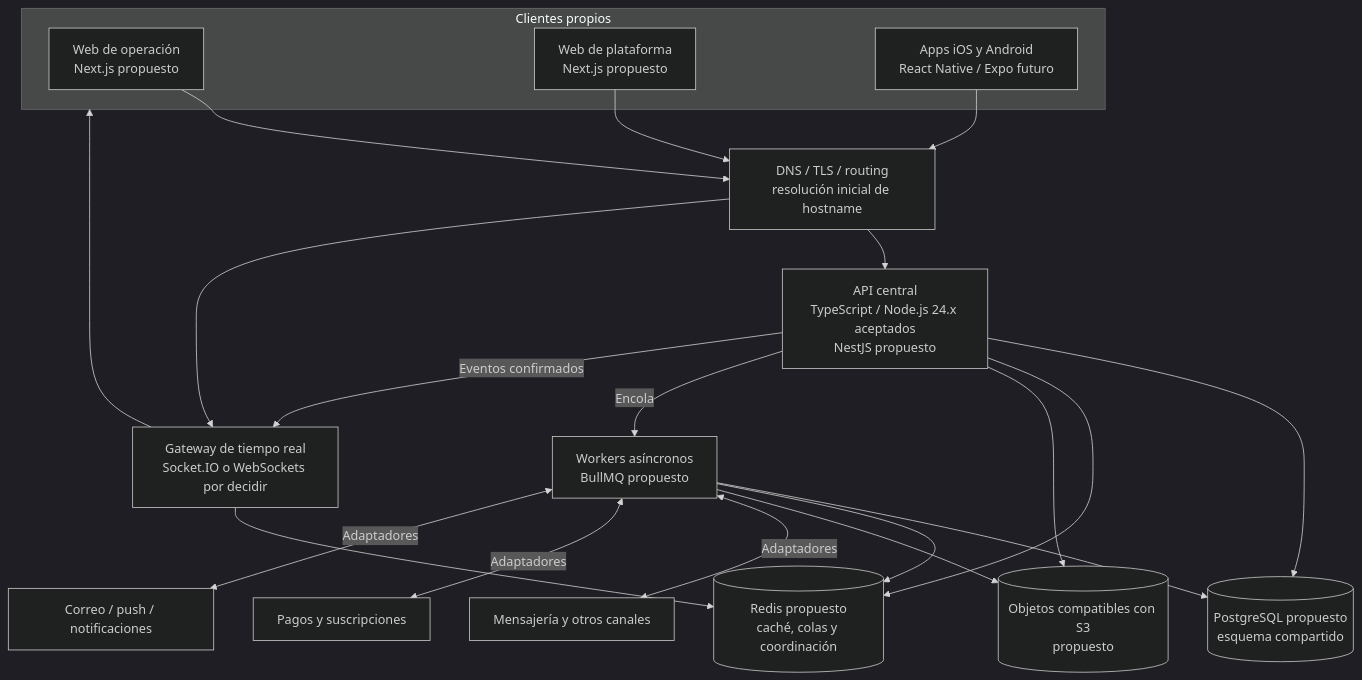
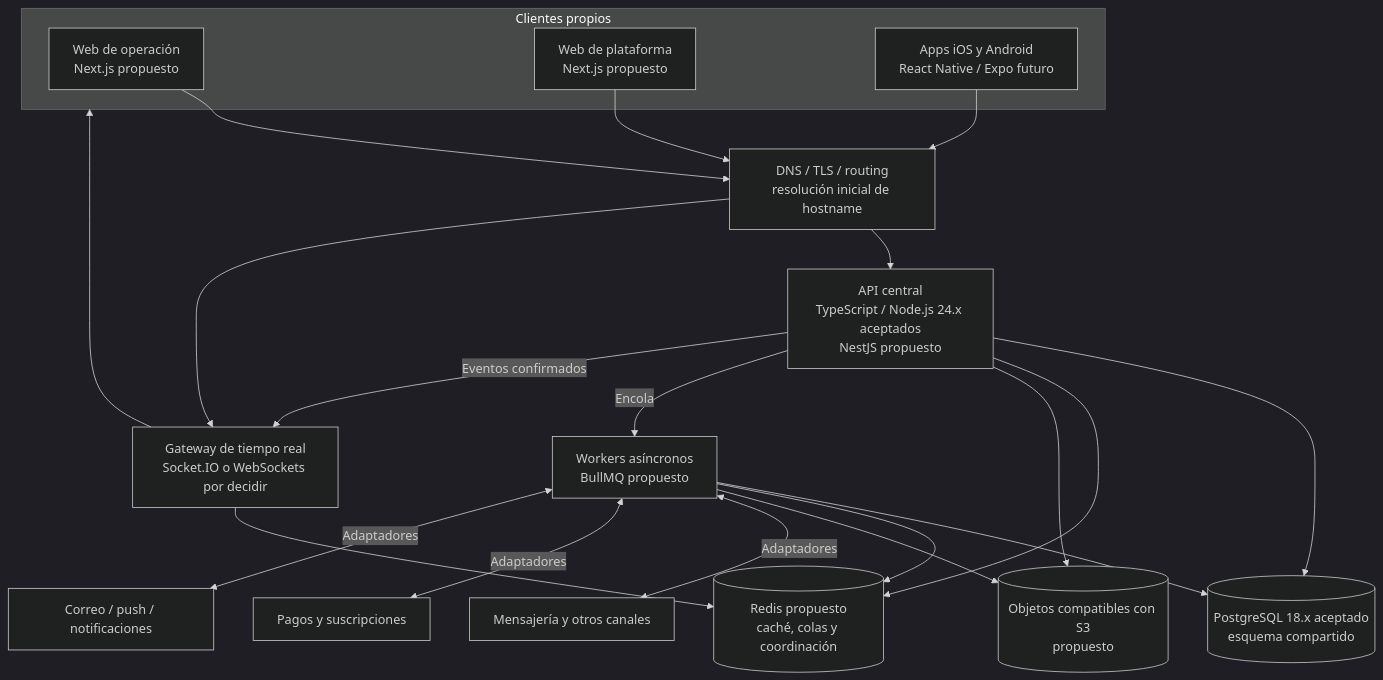
Before and after one commit to luisgtzaviles/SrTaller-2.0: the diagram in docs/architecture/TARGET_ARCHITECTURE.md, drawn with Mermaid (dark theme). The commit also changed other lines of this file and 54 other files, not shown here.

Commit message:
docs: accept PostgreSQL persistence baseline

````diff
--- a/docs/architecture/TARGET_ARCHITECTURE.md
+++ b/docs/architecture/TARGET_ARCHITECTURE.md
@@ -27,40 +27,40 @@
 ```mermaid
 flowchart TB
     subgraph Clients[Clientes propios]
         WorkshopWeb[Web de operación\nNext.js propuesto]
         PlatformWeb[Web de plataforma\nNext.js propuesto]
         Mobile[Apps iOS y Android\nReact Native / Expo futuro]
     end
 
     Edge[DNS / TLS / routing\nresolución inicial de hostname]
     API[API central\nTypeScript / Node.js 24.x aceptados\nNestJS propuesto]
     Worker[Workers asíncronos\nBullMQ propuesto]
     Realtime[Gateway de tiempo real\nSocket.IO o WebSockets por decidir]
 
-    DB[(PostgreSQL propuesto\nesquema compartido)]
+    DB[(PostgreSQL 18.x aceptado\nesquema compartido)]
     Redis[(Redis propuesto\ncaché, colas y coordinación)]
     Storage[(Objetos compatibles con S3\npropuesto)]
 
     Channels[Mensajería y otros canales]
     Payment[Pagos y suscripciones]
     Delivery[Correo / push / notificaciones]
 
     WorkshopWeb --> Edge
     PlatformWeb --> Edge
     Mobile --> Edge
     Edge --> API
     Edge --> Realtime
     API --> DB
     API --> Redis
     API --> Storage
     API -->|Encola| Worker
     Worker --> DB
     Worker --> Redis
     Worker --> Storage
     Worker <-->|Adaptadores| Channels
     Worker <-->|Adaptadores| Payment
     Worker <-->|Adaptadores| Delivery
     API -->|Eventos confirmados| Realtime
     Realtime --> Redis
     Realtime --> Clients
 ```
````
